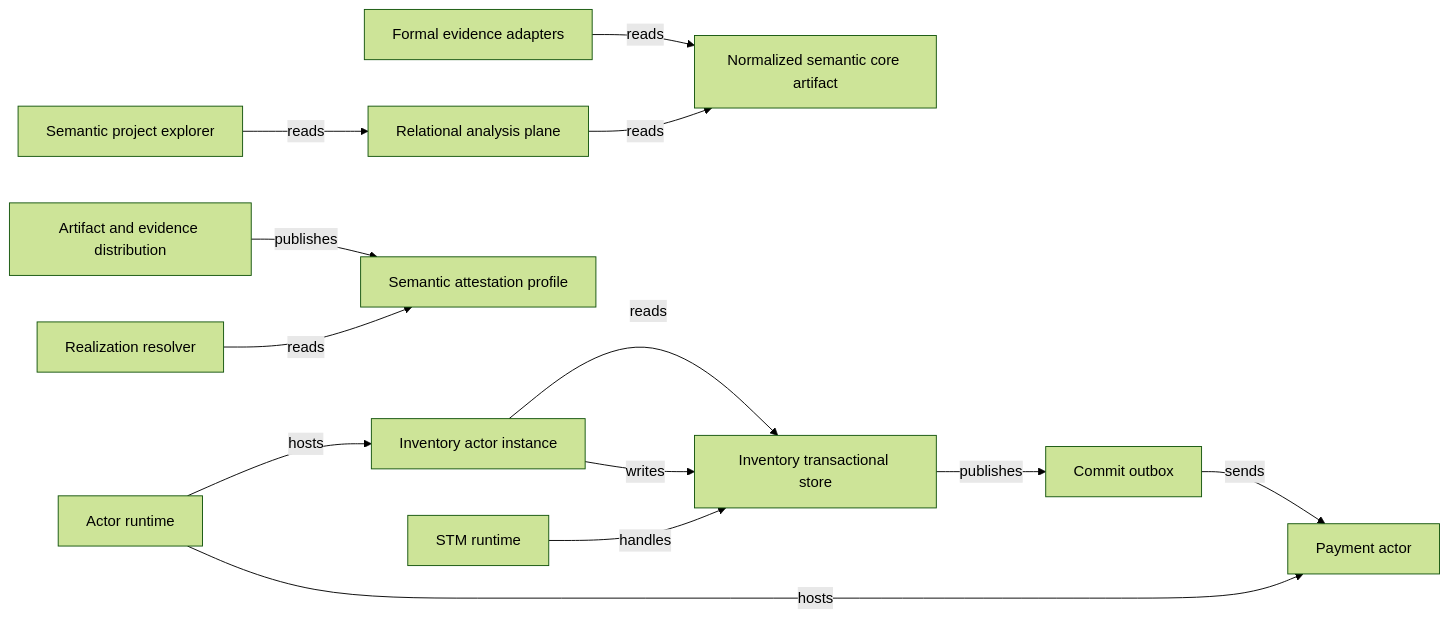
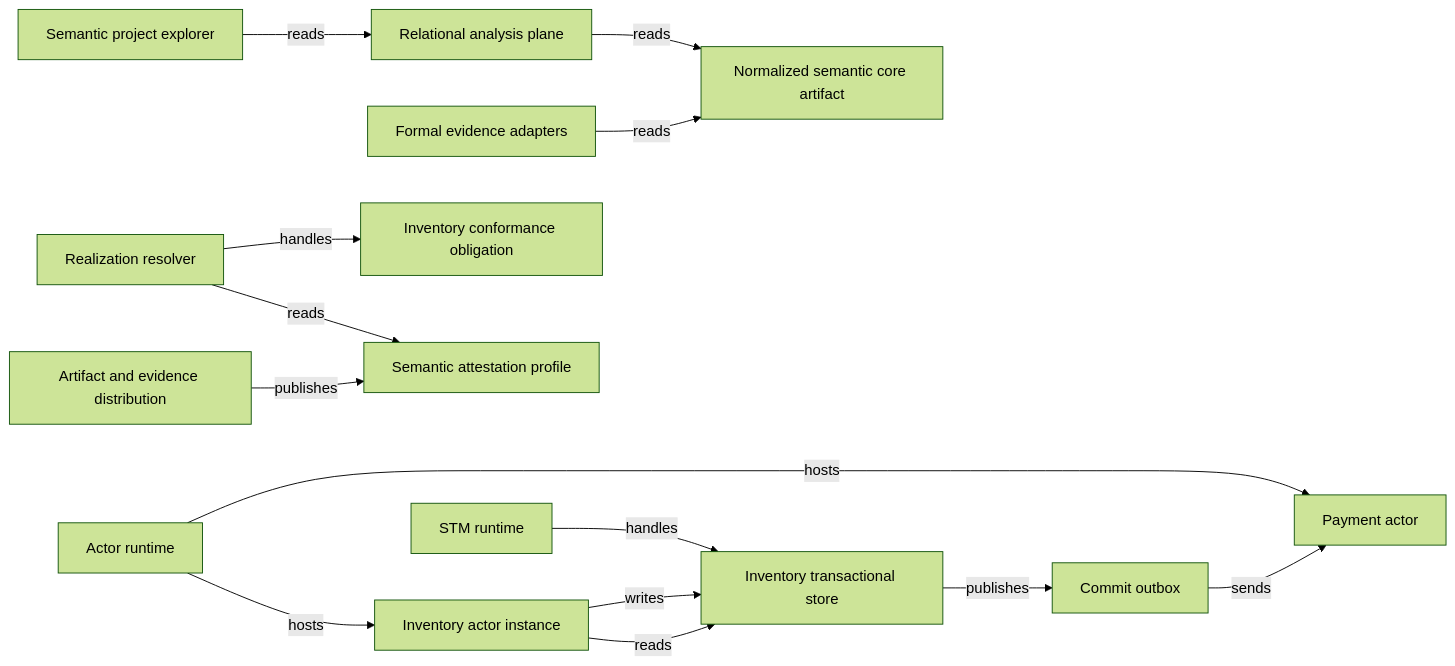
Before and after one commit to phibkro/semantic-systems: the diagram in generated/07-runtime-view.md, drawn with Mermaid (forest theme). The commit also changed 36 other files, not shown here.

````diff
--- a/generated/07-runtime-view.md
+++ b/generated/07-runtime-view.md
@@ -7,28 +7,30 @@
 ```mermaid
 flowchart LR
     artifact_normalized_core["Normalized semantic core artifact"]
     component_artifact_distribution["Artifact and evidence distribution"]
     component_explorer["Semantic project explorer"]
     component_formal_evidence["Formal evidence adapters"]
     component_relational_analysis["Relational analysis plane"]
     component_resolver["Realization resolver"]
+    obligation_inventory_conformance["Inventory conformance obligation"]
     package_semantic_attestation_profile["Semantic attestation profile"]
     runtime_actors["Actor runtime"]
     runtime_inventory_actor["Inventory actor instance"]
     runtime_inventory_outbox["Commit outbox"]
     runtime_inventory_store["Inventory transactional store"]
     runtime_payment_actor["Payment actor"]
     runtime_stm["STM runtime"]
+    component_resolver -->|handles| obligation_inventory_conformance
     component_formal_evidence -->|reads| artifact_normalized_core
     component_relational_analysis -->|reads| artifact_normalized_core
     component_artifact_distribution -->|publishes| package_semantic_attestation_profile
     component_resolver -->|reads| package_semantic_attestation_profile
     component_explorer -->|reads| component_relational_analysis
     runtime_inventory_actor -->|reads| runtime_inventory_store
     runtime_inventory_actor -->|writes| runtime_inventory_store
     runtime_stm -->|handles| runtime_inventory_store
     runtime_inventory_store -->|publishes| runtime_inventory_outbox
     runtime_inventory_outbox -->|sends| runtime_payment_actor
     runtime_actors -->|hosts| runtime_inventory_actor
     runtime_actors -->|hosts| runtime_payment_actor
 ```
````
